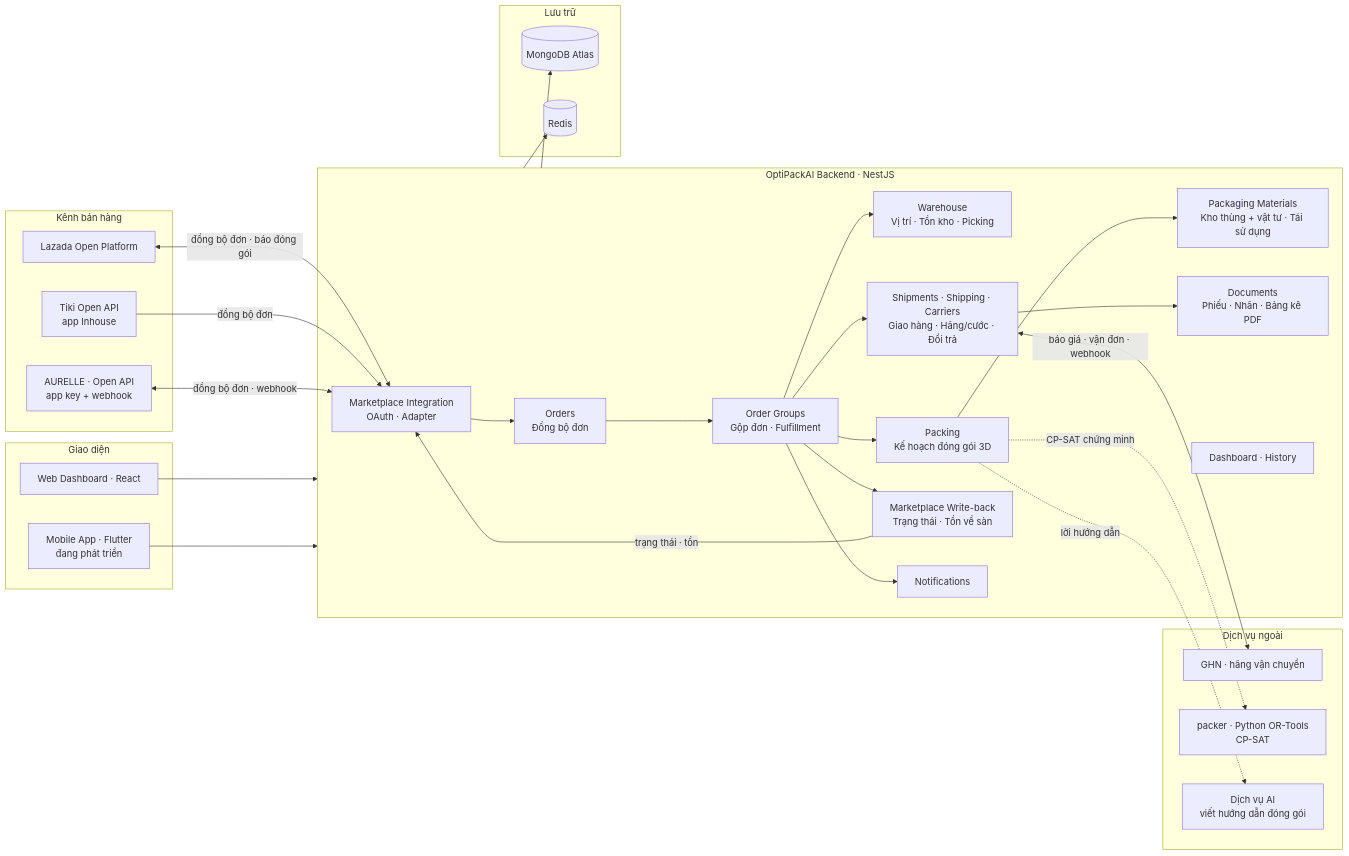
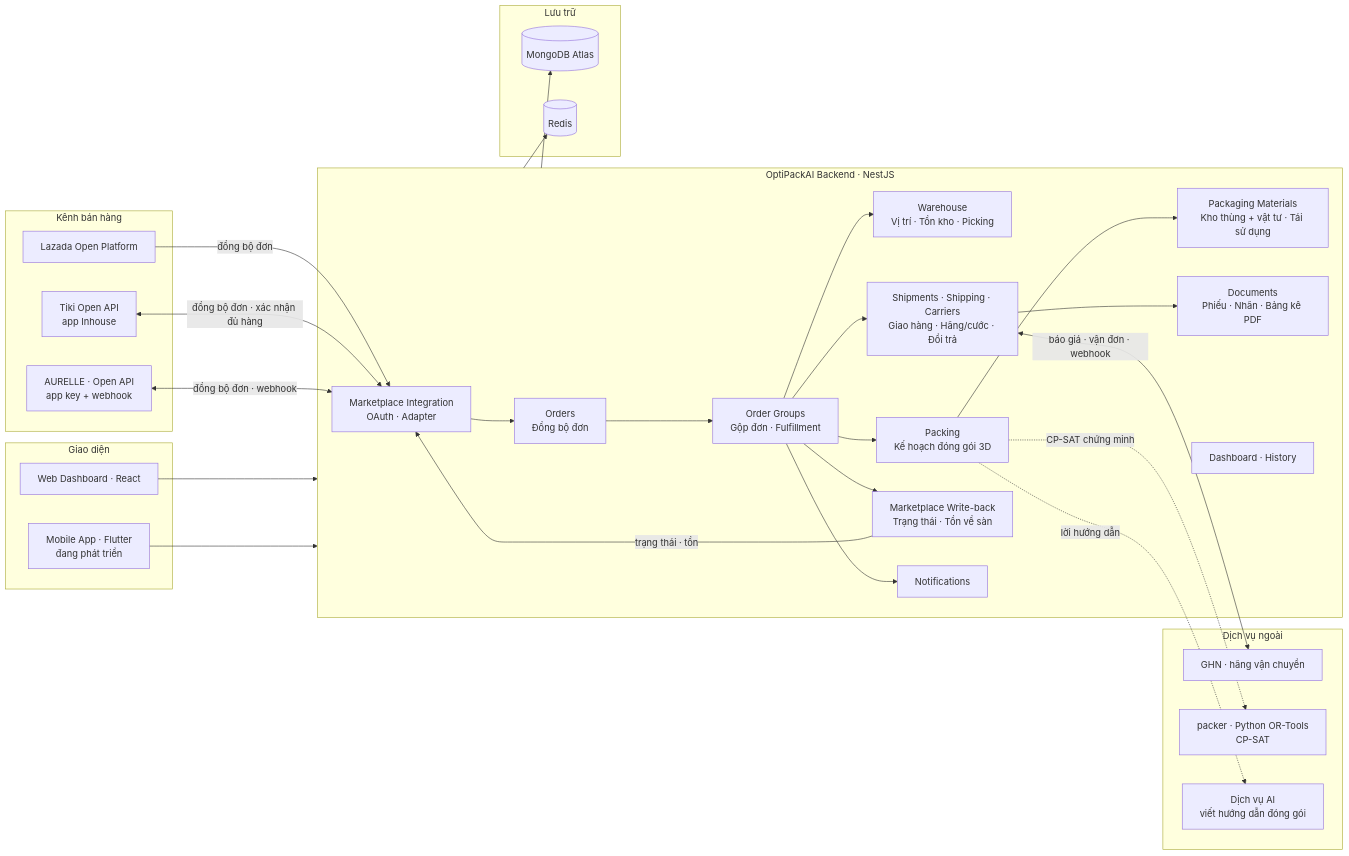
The first of 2 diagrams in README.md (ThuaanNguyeen111/OptiPackAI), drawn with Mermaid before and after one commit. The commit also changed other lines of this file and 3 other files, not shown here.

````diff
--- a/README.md
+++ b/README.md
@@ -63,55 +63,55 @@
 ```mermaid
 flowchart LR
     subgraph Channels["Kênh bán hàng"]
         LZ[Lazada Open Platform]
         TK[Tiki Open API<br/>app Inhouse]
         AU[AURELLE · Open API<br/>app key + webhook]
     end
 
     subgraph External["Dịch vụ ngoài"]
         GHN[GHN · hãng vận chuyển]
         PKR[packer · Python OR-Tools<br/>CP-SAT]
         AI[Dịch vụ AI<br/>viết hướng dẫn đóng gói]
     end
 
     subgraph Backend["OptiPackAI Backend · NestJS"]
         MI[Marketplace Integration<br/>OAuth · Adapter]
         OR[Orders<br/>Đồng bộ đơn]
         OG[Order Groups<br/>Gộp đơn · Fulfillment]
         WH[Warehouse<br/>Vị trí · Tồn kho · Picking]
         PK[Packing<br/>Kế hoạch đóng gói 3D]
         PM[Packaging Materials<br/>Kho thùng + vật tư · Tái sử dụng]
         SH[Shipments · Shipping · Carriers<br/>Giao hàng · Hãng/cước · Đổi trả]
         WB[Marketplace Write-back<br/>Trạng thái · Tồn về sàn]
         DOC[Documents<br/>Phiếu · Nhãn · Bảng kê PDF]
         NT[Notifications]
         DH[Dashboard · History]
     end
 
     subgraph Data["Lưu trữ"]
         DB[(MongoDB Atlas)]
         RD[(Redis)]
     end
 
     subgraph Clients["Giao diện"]
         WEB[Web Dashboard · React]
         APP[Mobile App · Flutter<br/>đang phát triển]
     end
 
-    LZ <-->|đồng bộ đơn · báo đóng gói| MI
-    TK -->|đồng bộ đơn| MI
+    LZ -->|đồng bộ đơn| MI
+    TK <-->|đồng bộ đơn · xác nhận đủ hàng| MI
     AU <-->|đồng bộ đơn · webhook| MI
     PK -.->|CP-SAT chứng minh| PKR
     PK -.->|lời hướng dẫn| AI
     SH <-->|báo giá · vận đơn · webhook| GHN
     MI --> OR --> OG
     OG --> WH
     OG --> PK --> PM
     OG --> SH --> DOC
     OG --> NT
     OG --> WB -->|trạng thái · tồn| MI
     Backend --> DB
     Backend --> RD
     WEB --> Backend
     APP --> Backend
 ```
````
